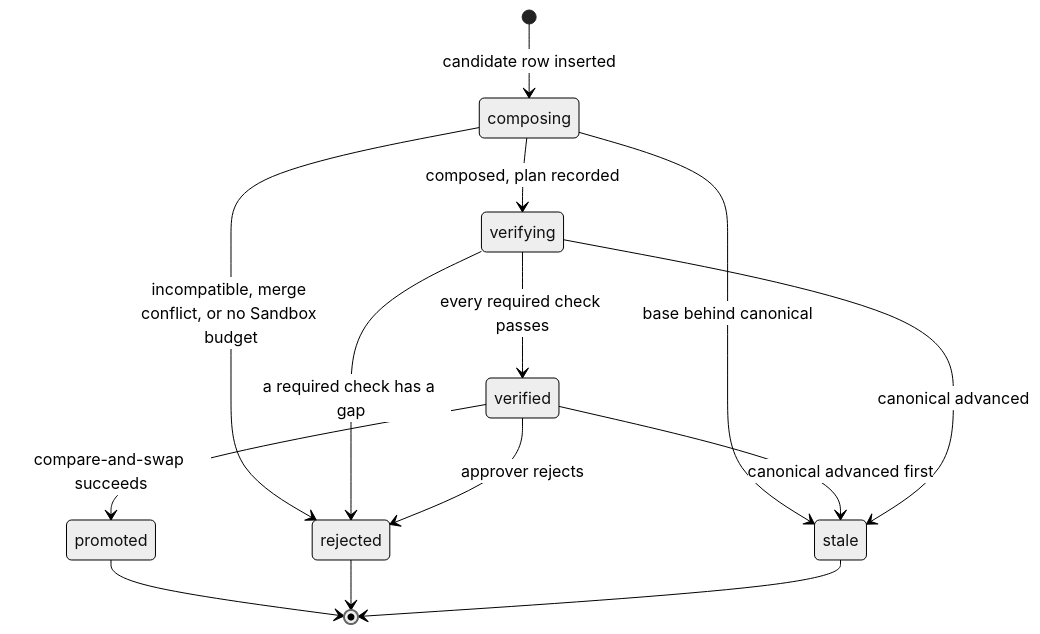
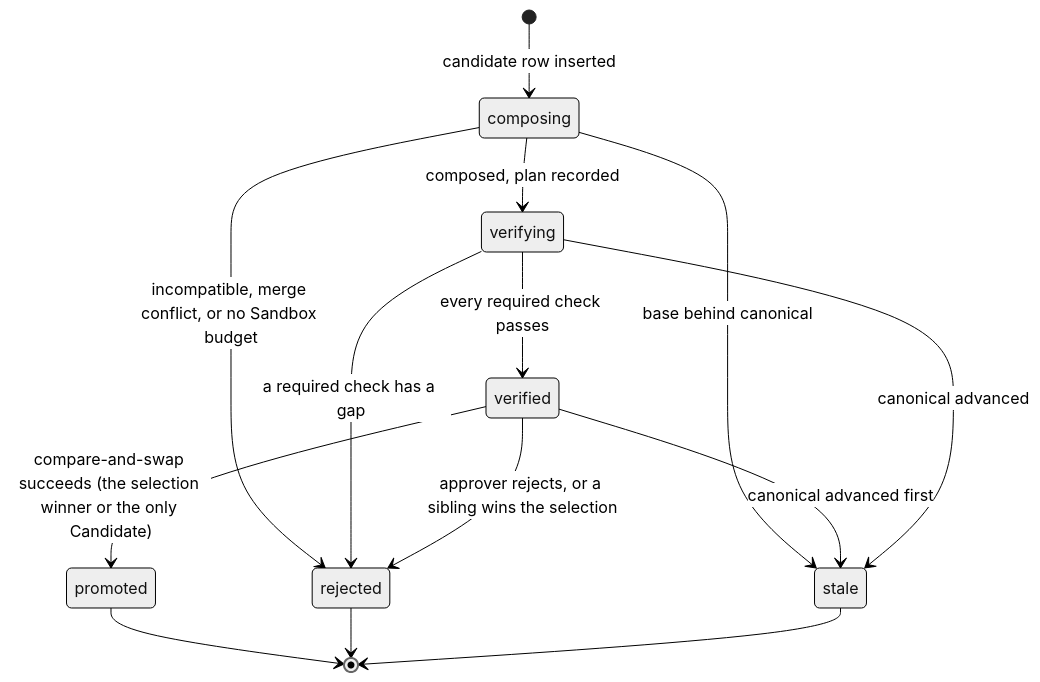
Before and after one commit to nsudhanva/rhumbatron: the sixth of 7 diagrams in docs/architecture/change-lifecycle.md, drawn with Mermaid (neutral theme). The commit also changed other lines of this file and 37 other files, not shown here.

````diff
--- a/docs/architecture/change-lifecycle.md
+++ b/docs/architecture/change-lifecycle.md
@@ -236,16 +255,16 @@
 ```mermaid
 stateDiagram-v2
   [*] --> composing: candidate row inserted
   composing --> verifying: composed, plan recorded
   composing --> rejected: incompatible, merge conflict, or no Sandbox budget
   composing --> stale: base behind canonical
   verifying --> verified: every required check passes
   verifying --> rejected: a required check has a gap
-  verified --> rejected: approver rejects
-  verified --> promoted: compare-and-swap succeeds
+  verified --> rejected: approver rejects, or a sibling wins the selection
+  verified --> promoted: compare-and-swap succeeds (the selection winner or the only Candidate)
   verified --> stale: canonical advanced first
   verifying --> stale: canonical advanced
   promoted --> [*]
   rejected --> [*]
   stale --> [*]
 ```
````
